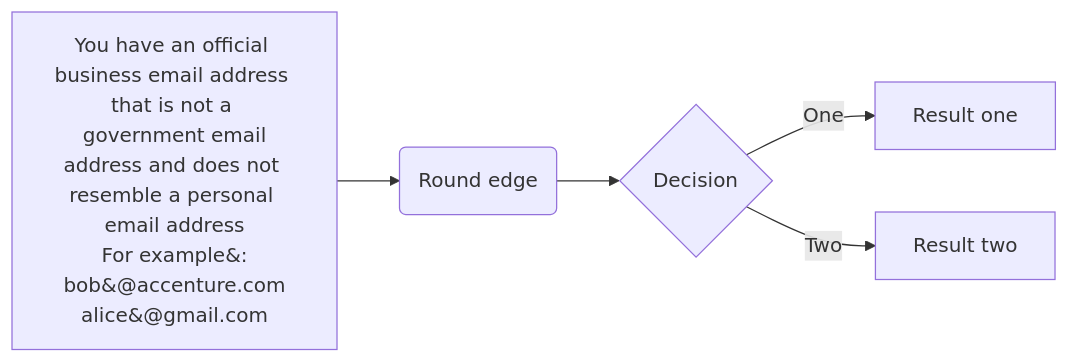
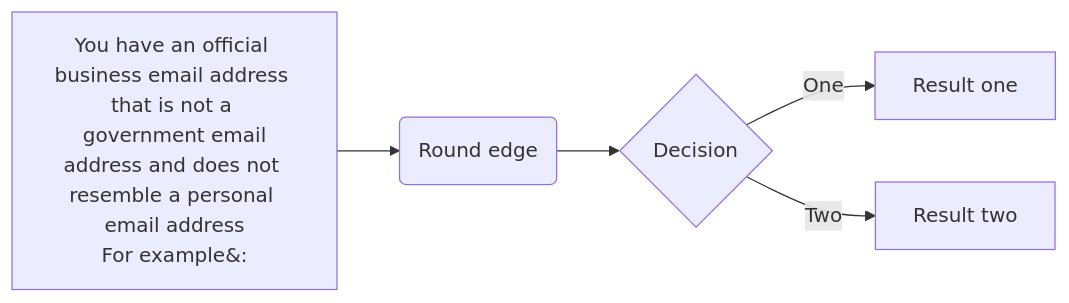
Before and after one commit to GovTechSG/techpass-user-docs: the diagram in docs/onboard-to-techpass.md, drawn with Mermaid.

````diff
--- a/docs/onboard-to-techpass.md
+++ b/docs/onboard-to-techpass.md
@@ -7,7 +7,7 @@
 ```mermaid
 graph LR
-A[You have an official business email address that is not a government email<br>address and does not resemble a personal email address<br>For example&#58;<br>bob&#64;accenture.com<br>alice&#64;gmail.com] -->B(Round edge)
+A[You have an official business email address that is not a government email<br>address and does not resemble a personal email address<br>For example&#58;] -->B(Round edge)
     B --> C{Decision}
     C -->|One| D[Result one]
     C -->|Two| E[Result two]
 ```
````
